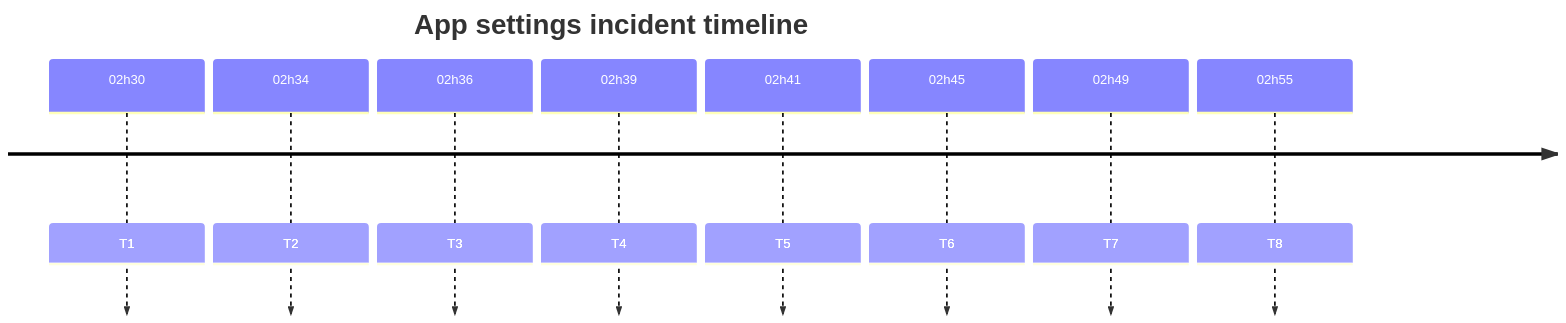
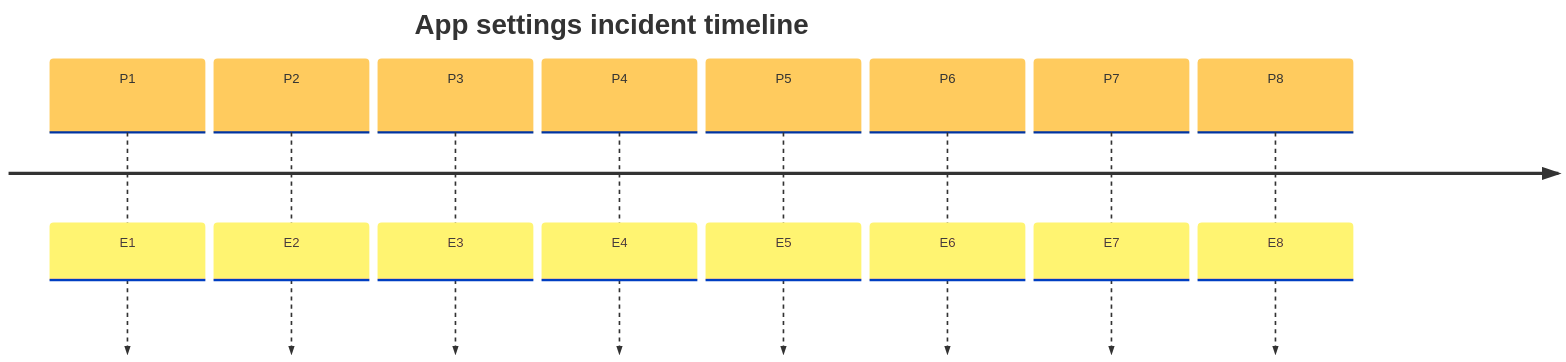
Before and after one commit to yeongseon/azure-functions-practical-guide: the fourth of 4 diagrams in docs/troubleshooting/playbooks/auth-config/app-settings-misconfiguration.md, drawn with Mermaid. The commit also changed other lines of this file, not shown here.

First line of the commit message:
docs(diagrams): improve app settings timeline and decision legibility

````diff
--- a/docs/troubleshooting/playbooks/auth-config/app-settings-misconfiguration.md
+++ b/docs/troubleshooting/playbooks/auth-config/app-settings-misconfiguration.md
@@ -462,15 +463,15 @@
 ```mermaid
-%%{init: {"timeline":{"padding":0,"disableMulticolor":true}}}%%
+%%{init: {"timeline":{"padding":8,"disableMulticolor":true},"theme":"base","fontSize":60,"themeVariables":{"fontSize":"16px"},"themeCSS":".timeline-node text{font-size:60px;fill:#14202e;} .timeline-node .node-bkg{fill:#e2e8f0;} .eventWrapper{filter:none;} text:not([dy]){font-size:60px;text-anchor:middle;fill:var(--md-default-fg-color);} .lineWrapper line{stroke:var(--md-default-fg-color);}"}}%%
 timeline
-    accTitle: App settings incident timeline
-    accDescr: Eight existing scenario periods from 02h30 through 02h55, in their original order. T1 through T8 expand in the adjacent legend; these times are not newly collected evidence.
+    accTitle: App settings incident timeline with periods P1-P8 and events E1-E8 listed in the adjacent legend
+    accDescr: Eight existing scenario periods from 02h30 through 02h55, in their original order. Periods P1-P8 and events E1-E8 are listed verbatim in the adjacent legend; these times are not newly collected evidence.
     title App settings incident timeline
-    02h30 : T1
-    02h34 : T2
-    02h36 : T3
-    02h39 : T4
-    02h41 : T5
-    02h45 : T6
-    02h49 : T7
-    02h55 : T8
+    P1 : E1
+    P2 : E2
+    P3 : E3
+    P4 : E4
+    P5 : E5
+    P6 : E6
+    P7 : E7
+    P8 : E8
 ```
````
